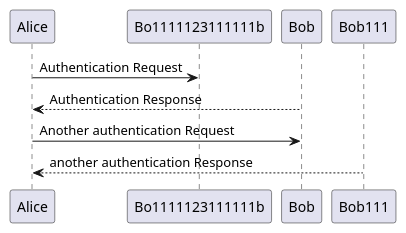
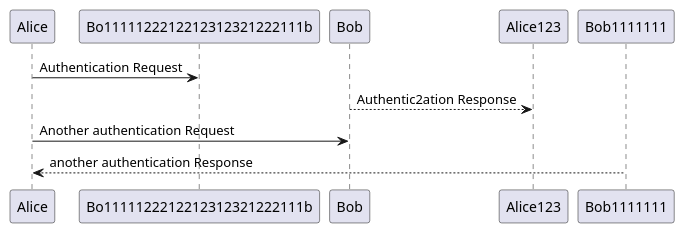
One commit to qinggeng2015/markdown-to-plantuml changed the third of 3 diagrams in README.md. Above: the diagram before and after it, drawn with PlantUML. The commit also changed other lines of this file, not shown here.

```diff
--- a/README.md
+++ b/README.md
@@ -27,6 +28,6 @@
     @startuml
-    Alice -> Bo1111123111111b: Authentication Request
-    Bob --> Alice: Authentication Response
+    Alice -> Bo1111122212212312321222111b: Authentication Request
+    Bob --> Alice123: Authentic2ation Response
     Alice -> Bob: Another authentication Request
-    Alice <-- Bob111: another authentication Response
-    @enduml
+    Alice <-- Bob1111111: another authentication Response
+    @enduml'>
```
